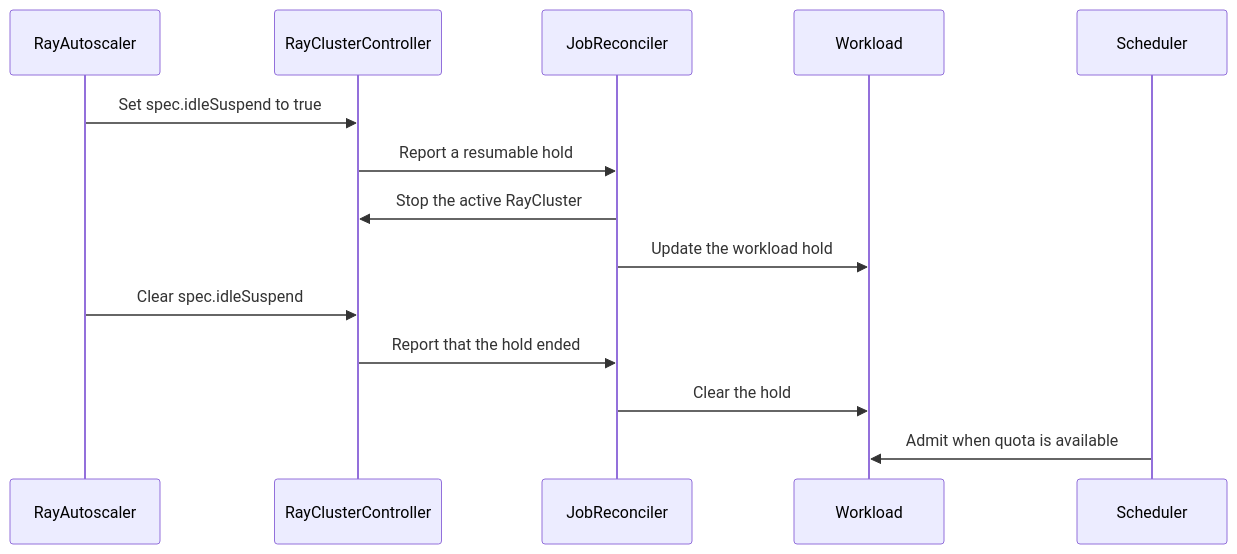
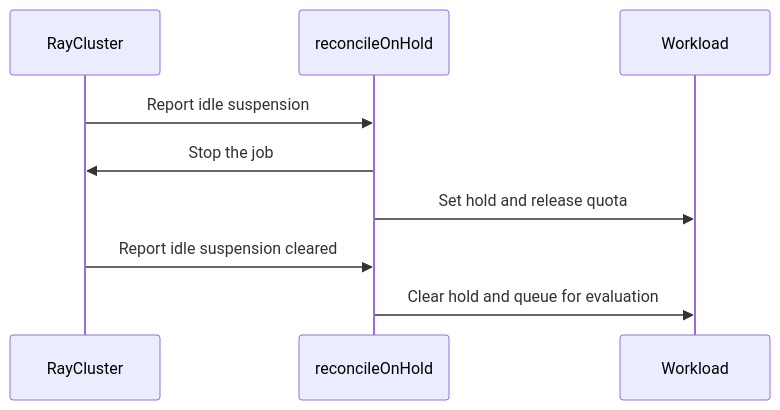
One commit to reruno/kueue-llm-wiki changed the diagram in raw/github/kubernetes-sigs__kueue/pr-18778.md. Above: the diagram before and after it, drawn with Mermaid. The commit also changed other lines of this file and 1319 other files, not shown here.

````diff
--- a/raw/github/kubernetes-sigs__kueue/pr-18778.md
+++ b/raw/github/kubernetes-sigs__kueue/pr-18778.md
@@ -168,16 +175,11 @@
 ```mermaid
 sequenceDiagram
-  participant RayAutoscaler
-  participant RayClusterController
-  participant JobReconciler
+  participant RayCluster
+  participant reconcileOnHold
   participant Workload
-  participant Scheduler
-  RayAutoscaler->>RayClusterController: Set spec.idleSuspend to true
-  RayClusterController->>JobReconciler: Report a resumable hold
-  JobReconciler->>RayClusterController: Stop the active RayCluster
-  JobReconciler->>Workload: Update the workload hold
-  RayAutoscaler->>RayClusterController: Clear spec.idleSuspend
-  RayClusterController->>JobReconciler: Report that the hold ended
-  JobReconciler->>Workload: Clear the hold
-  Scheduler->>Workload: Admit when quota is available
+  RayCluster->>reconcileOnHold: Report idle suspension
+  reconcileOnHold->>RayCluster: Stop the job
+  reconcileOnHold->>Workload: Set hold and release quota
+  RayCluster->>reconcileOnHold: Report idle suspension cleared
+  reconcileOnHold->>Workload: Clear hold and queue for evaluation
 ```
````
